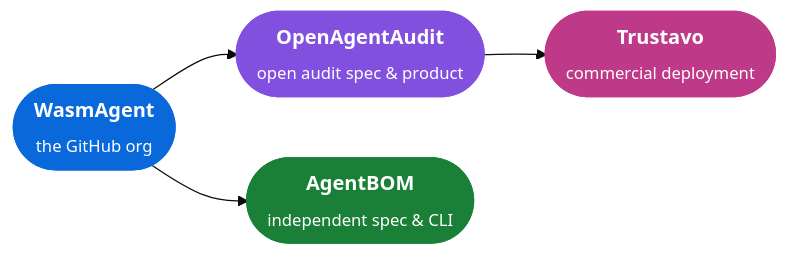
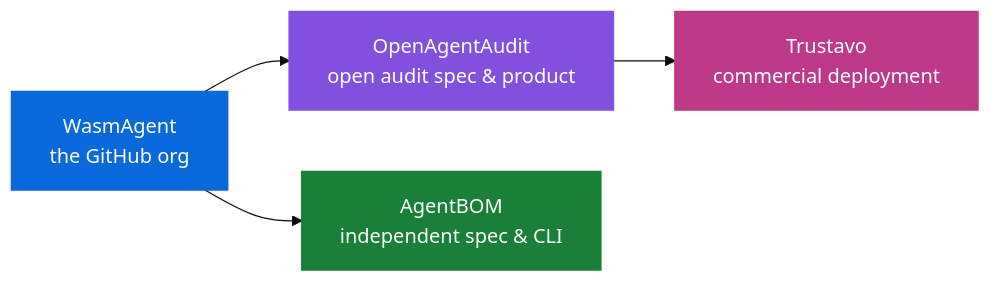
The diagram in profile/README.md (WasmAgent/.github), drawn with Mermaid (base theme) before and after one commit.

Commit message:
style: drop HTML tags and stadium shape from Mermaid — fixes font and truncation on GitHub

````diff
--- a/profile/README.md
+++ b/profile/README.md
@@ -11,16 +11,16 @@
 ```mermaid
 flowchart LR
-    W(["<b>WasmAgent</b><br/><sub>the GitHub org</sub>"]):::org
-    O(["<b>OpenAgentAudit</b><br/><sub>open audit spec & product</sub>"]):::audit
-    T(["<b>Trustavo</b><br/><sub>commercial deployment</sub>"]):::commercial
-    B(["<b>AgentBOM</b><br/><sub>independent spec & CLI</sub>"]):::bom
+    W["WasmAgent<br/>the GitHub org"]:::org
+    O["OpenAgentAudit<br/>open audit spec & product"]:::audit
+    T["Trustavo<br/>commercial deployment"]:::commercial
+    B["AgentBOM<br/>independent spec & CLI"]:::bom
 
     W --> O
     W --> B
     O --> T
 
     classDef org fill:#0969da,stroke:#0969da,color:#ffffff,stroke-width:2px
     classDef audit fill:#8250df,stroke:#8250df,color:#ffffff,stroke-width:2px
     classDef commercial fill:#bf3989,stroke:#bf3989,color:#ffffff,stroke-width:2px
     classDef bom fill:#1a7f37,stroke:#1a7f37,color:#ffffff,stroke-width:2px
 ```
````
